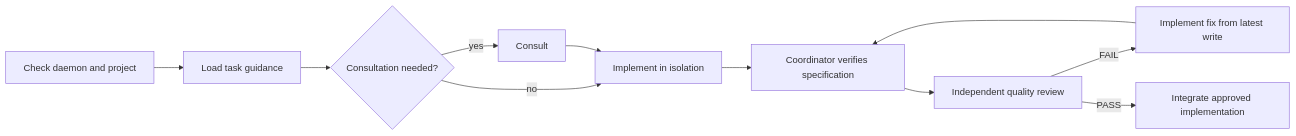
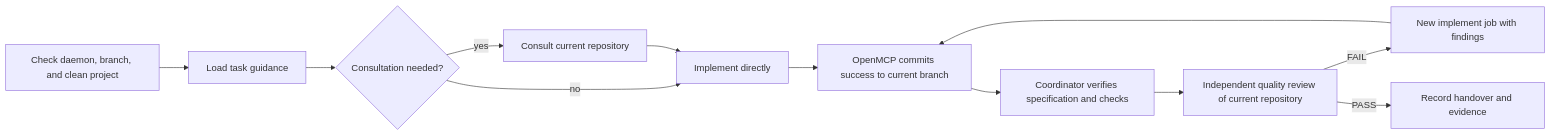
One commit to sitien173/refract changed the diagram in plugin/README.md. Above: the diagram before and after it, drawn with Mermaid. The commit also changed other lines of this file and 17 other files, not shown here.

````diff
--- a/plugin/README.md
+++ b/plugin/README.md
@@ -9,13 +9,14 @@
 ```mermaid
 flowchart LR
-    A[Check daemon and project] --> G[Load task guidance]
+    A[Check daemon, branch, and clean project] --> G[Load task guidance]
     G --> C{Consultation needed?}
-    C -->|yes| D[Consult]
-    C -->|no| I[Implement in isolation]
+    C -->|yes| D[Consult current repository]
+    C -->|no| I[Implement directly]
     D --> I
-    I --> S[Coordinator verifies specification]
-    S --> R[Independent quality review]
-    R -->|FAIL| F[Implement fix from latest write]
-    F --> S
-    R -->|PASS| M[Integrate approved implementation]
+    I --> K[OpenMCP commits success to current branch]
+    K --> S[Coordinator verifies specification and checks]
+    S --> R[Independent quality review of current repository]
+    R -->|FAIL| F[New implement job with findings]
+    F --> K
+    R -->|PASS| H[Record handover and evidence]
 ```
````
